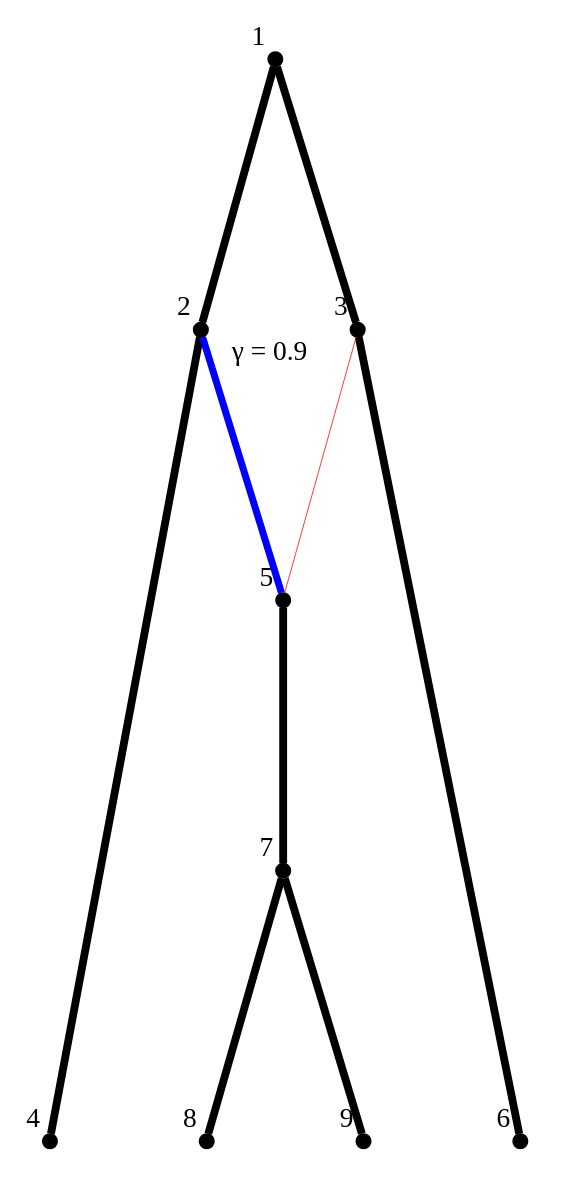
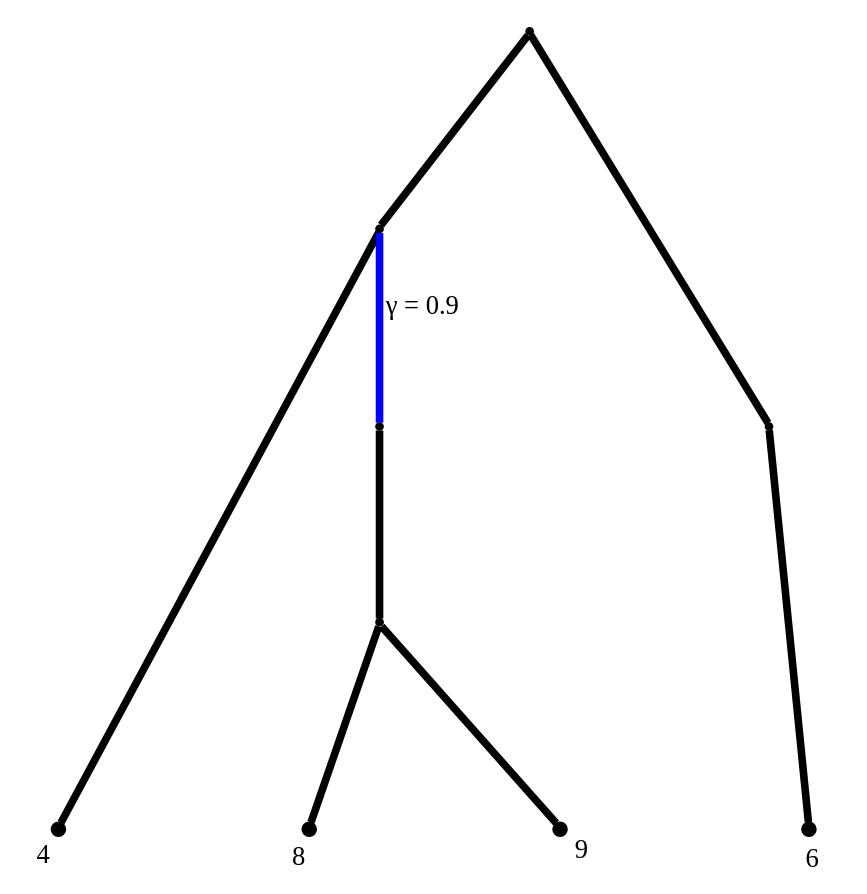
One commit to JuliaPhylo/PhyloNetworks.jl changed the diagram in visualization/drawCF.dot. Above: the diagram before and after it, drawn with Graphviz. The commit also changed 6 other files, not shown here.

```diff
--- a/visualization/drawCF.dot
+++ b/visualization/drawCF.dot
@@ -1,33 +1,45 @@
 Graph { 
 labelloc=b 
-    ratio="expand"; 
-    size="8 ,5"; 
+    ratio="fill"; 
+    size="6 ,8"; 
     node [shape = point] 
     rank=max 1 
      subgraph    { 4 , 6 , 8 , 9 } 
-    1 [xlabel=1] [shape = point] [height = 0.1] 
-    2 [xlabel=2] [shape = point] [height = 0.1] 
-    3 [xlabel=3] [shape = point] [height = 0.1] 
-    4 [xlabel=4] [shape = point] [height = 0.1] 
-    5 [xlabel=5] [shape = point] [height = 0.1] 
-    6 [xlabel=6] [shape = point] [height = 0.1] 
-    7 [xlabel=7] [shape = point] [height = 0.1] 
-    8 [xlabel=8] [shape = point] [height = 0.1] 
-    9 [xlabel=9] [shape = point] [height = 0.1] 
-     1 -- 2 [penwidth=4]; 
-     2 -- 4 [penwidth=4]; 
+    4 [label=4] [shape = point] [height = 0.1] 
+    6 [label=6] [shape = point] [height = 0.1] 
+    8 [label=8] [shape = point] [height = 0.1] 
+    9 [label=9] [shape = point] [height = 0.1] 
+ 
+     1 -- 2
+                          [penwidth=4]; 
+     2 -- 4
+                            [headlabel=4]
+                            [labeldistance=2.0]
+                            [labelangle=180.0]
+                            [penwidth=4]; 
      2 -- 5
-                                    [color=blue]
-                                    [penwidth=3.6]
-                                    [taillabel=" &gamma; = 0.9"]
-                                    [labeldistance = 3.5]
-                                    [labelangle=60.0]; 
-     5 -- 7 [penwidth=4]; 
-     7 -- 8 [penwidth=4]; 
-     7 -- 9 [penwidth=4]; 
-     1 -- 3 [penwidth=4]; 
-     3 -- 5
-                                    [color=red]
-                                    [penwidth=0.4]; 
-     3 -- 6 [penwidth=4]; 
+                                [color=blue]
+                                [penwidth=4]
+                                [taillabel=" &gamma; = 0.9"]
+                                [labeldistance = 4.5]
+                                [labelangle=30.0]; 
+     5 -- 7
+                            [penwidth=4]; 
+     7 -- 8
+                            [headlabel=8]
+                            [labeldistance=2.0]
+                            [labelangle=180.0]
+                            [penwidth=4]; 
+     7 -- 9
+                            [headlabel=9]
+                            [labeldistance=2.0]
+                            [labelangle=180.0]
+                            [penwidth=4]; 
+     1 -- 3
+                          [penwidth=4]; 
+     3 -- 6
+                            [headlabel=6]
+                            [labeldistance=2.0]
+                            [labelangle=180.0]
+                            [penwidth=4]; 
 }
```
